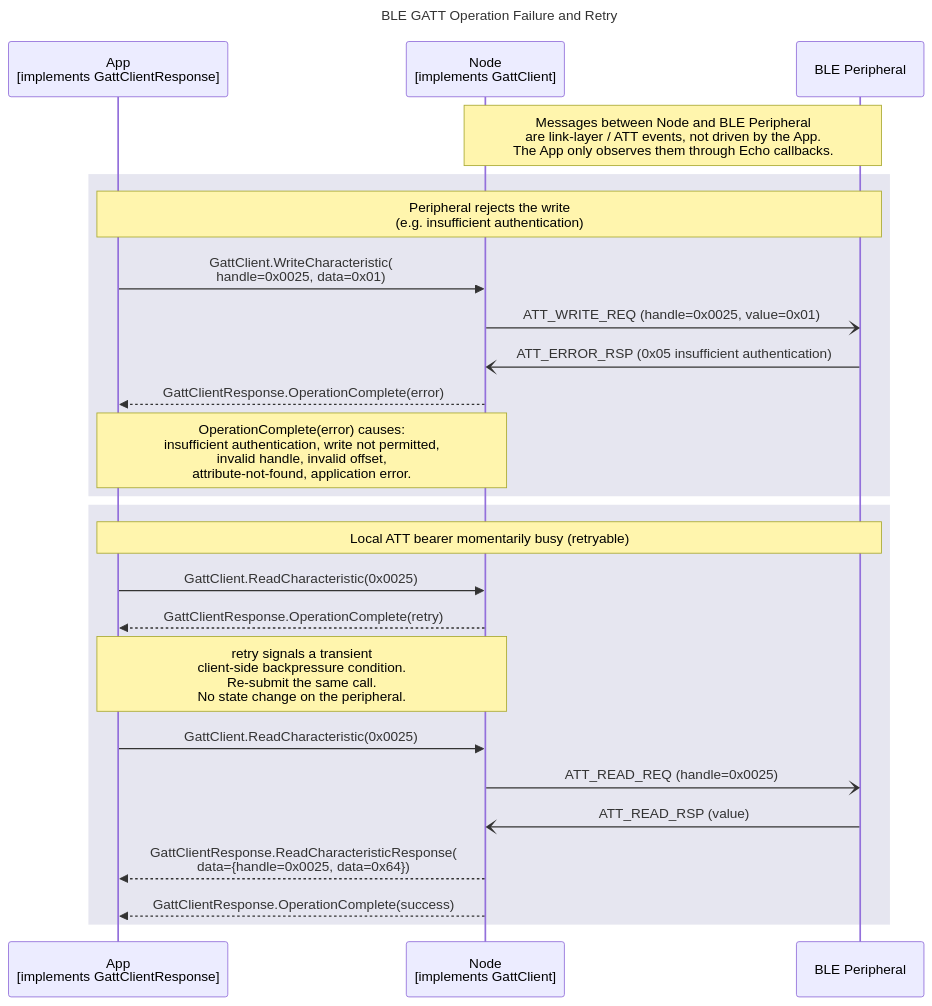
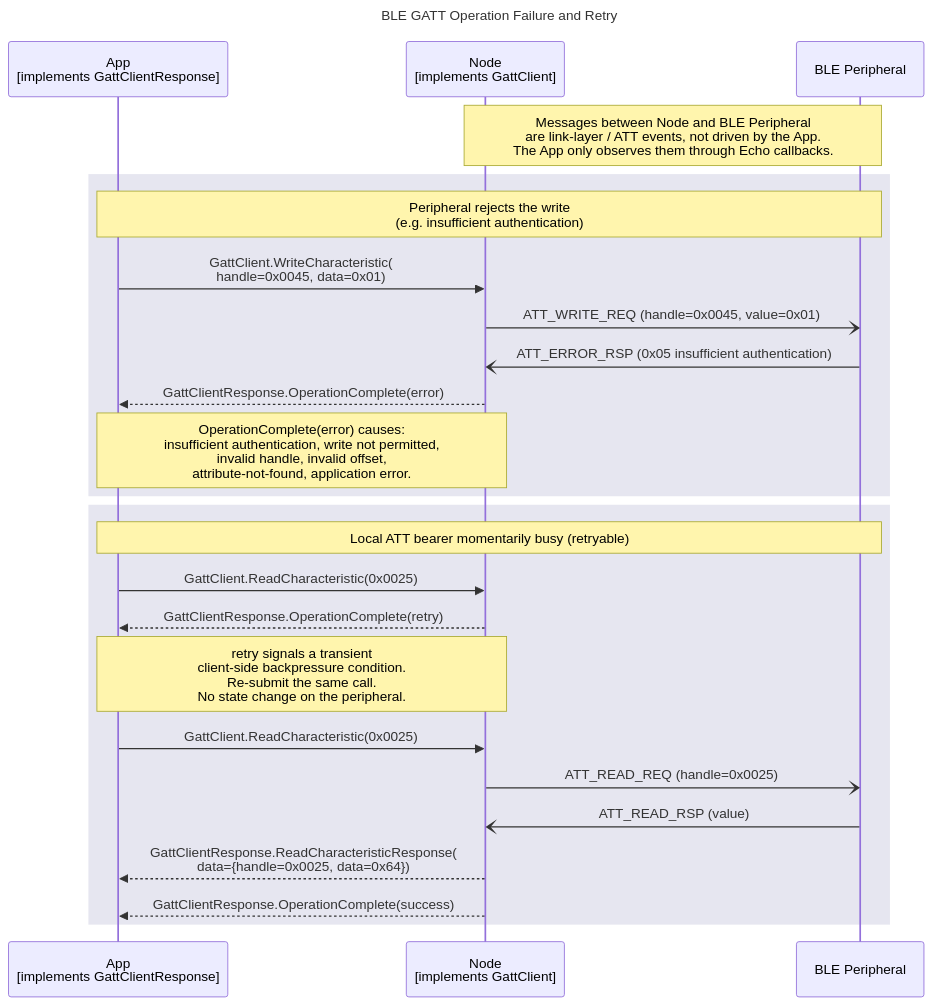
The diagram in documents/modules/ROOT/partials/echoservices/gatt_client/GattClient_OperationFailure_sequence.mmd (philips-software/amp-embedded-infra-lib), drawn with Mermaid before and after one commit. The commit also changed 6 other files, not shown here.

```diff
--- a/documents/modules/ROOT/partials/echoservices/gatt_client/GattClient_OperationFailure_sequence.mmd
+++ b/documents/modules/ROOT/partials/echoservices/gatt_client/GattClient_OperationFailure_sequence.mmd
@@ -1,30 +1,30 @@
 sequenceDiagram
     title BLE GATT Operation Failure and Retry
 
     participant App as App<br>[implements GattClientResponse]
     participant Node as Node<br>[implements GattClient]
     participant Peripheral as BLE Peripheral
 
     Note over Node, Peripheral: Messages between Node and BLE Peripheral<br>are link-layer / ATT events, not driven by the App.<br>The App only observes them through Echo callbacks.
 
     rect rgb(230, 230, 240)
         note over App, Peripheral: Peripheral rejects the write<br>(e.g. insufficient authentication)
-        App->>Node: GattClient.WriteCharacteristic(<br>handle=0x0025, data=0x01)
-        Node-)Peripheral: ATT_WRITE_REQ (handle=0x0025, value=0x01)
+        App->>Node: GattClient.WriteCharacteristic(<br>handle=0x0045, data=0x01)
+        Node-)Peripheral: ATT_WRITE_REQ (handle=0x0045, value=0x01)
         Peripheral-)Node: ATT_ERROR_RSP (0x05 insufficient authentication)
         Node-->>App: GattClientResponse.OperationComplete(error)
         Note over App, Node: OperationComplete(error) causes:<br>insufficient authentication, write not permitted,<br>invalid handle, invalid offset,<br>attribute-not-found, application error.
     end
 
     rect rgb(230, 230, 240)
         note over App, Peripheral: Local ATT bearer momentarily busy (retryable)
         App->>Node: GattClient.ReadCharacteristic(0x0025)
         Node-->>App: GattClientResponse.OperationComplete(retry)
         Note over App, Node: retry signals a transient<br>client-side backpressure condition.<br>Re-submit the same call.<br>No state change on the peripheral.
 
         App->>Node: GattClient.ReadCharacteristic(0x0025)
         Node-)Peripheral: ATT_READ_REQ (handle=0x0025)
         Peripheral-)Node: ATT_READ_RSP (value)
         Node-->>App: GattClientResponse.ReadCharacteristicResponse(<br>data={handle=0x0025, data=0x64})
         Node-->>App: GattClientResponse.OperationComplete(success)
     end
```
